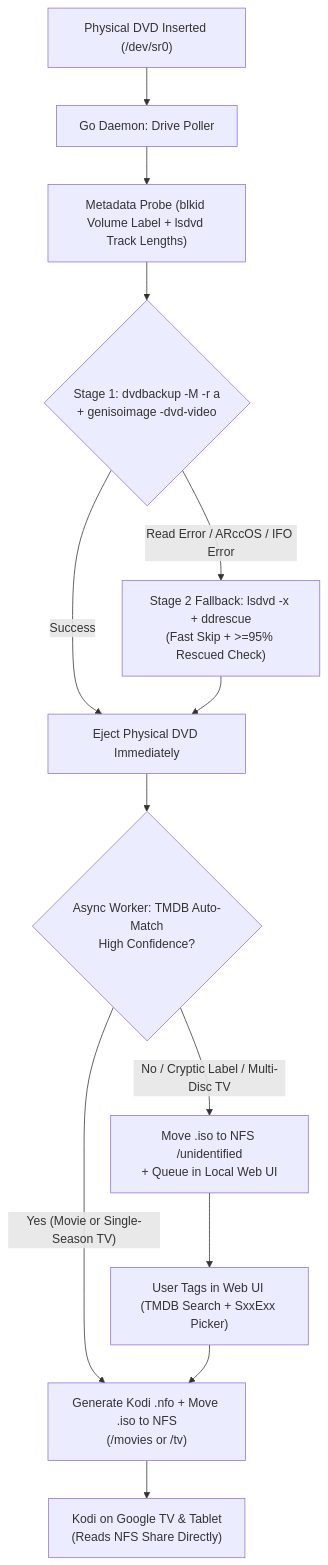
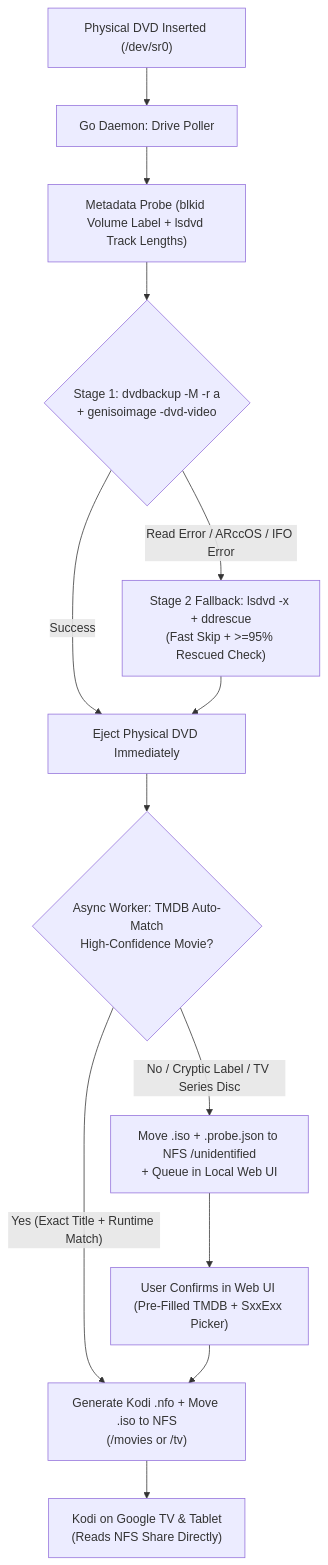
One commit to brotherlogic/hometheatre changed the diagram in INTENT.md. Above: the diagram before and after it, drawn with Mermaid. The commit also changed other lines of this file and 1 other file, not shown here.

First line of the commit message:
docs: add METADATA.md with DVD probing, TMDB heuristics, and Kodi .nfo specs (#4)

````diff
--- a/INTENT.md
+++ b/INTENT.md
@@ -14,15 +14,15 @@
 ```mermaid
 flowchart TD
     A["Physical DVD Inserted (/dev/sr0)"] --> B["Go Daemon: Drive Poller"]
     B --> C["Metadata Probe (blkid Volume Label + lsdvd Track Lengths)"]
     C --> D{"Stage 1: dvdbackup -M -r a\n+ genisoimage -dvd-video"}
     D -- "Success" --> E["Eject Physical DVD Immediately"]
     D -- "Read Error / ARccOS / IFO Error" --> G["Stage 2 Fallback: lsdvd -x + ddrescue\n(Fast Skip + >=95% Rescued Check)"]
     G --> E
-    E --> I{"Async Worker: TMDB Auto-Match\nHigh Confidence?"}
-    I -- "Yes (Movie or Single-Season TV)" --> J["Generate Kodi .nfo + Move .iso to NFS\n(/movies or /tv)"]
-    I -- "No / Cryptic Label / Multi-Disc TV" --> K["Move .iso to NFS /unidentified\n+ Queue in Local Web UI"]
-    K --> L["User Tags in Web UI (TMDB Search + SxxExx Picker)"]
+    E --> I{"Async Worker: TMDB Auto-Match\nHigh-Confidence Movie?"}
+    I -- "Yes (Exact Title + Runtime Match)" --> J["Generate Kodi .nfo + Move .iso to NFS\n(/movies or /tv)"]
+    I -- "No / Cryptic Label / TV Series Disc" --> K["Move .iso + .probe.json to NFS /unidentified\n+ Queue in Local Web UI"]
+    K --> L["User Confirms in Web UI (Pre-Filled TMDB + SxxExx Picker)"]
     L --> J
     J --> M["Kodi on Google TV & Tablet\n(Reads NFS Share Directly)"]
 ```
````
